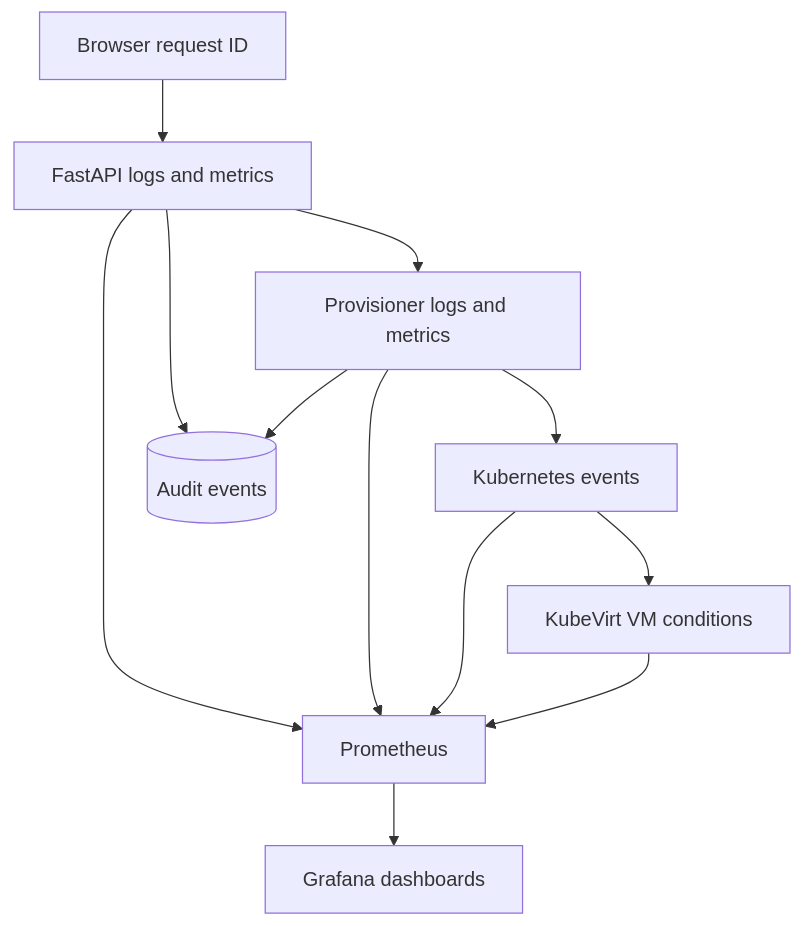
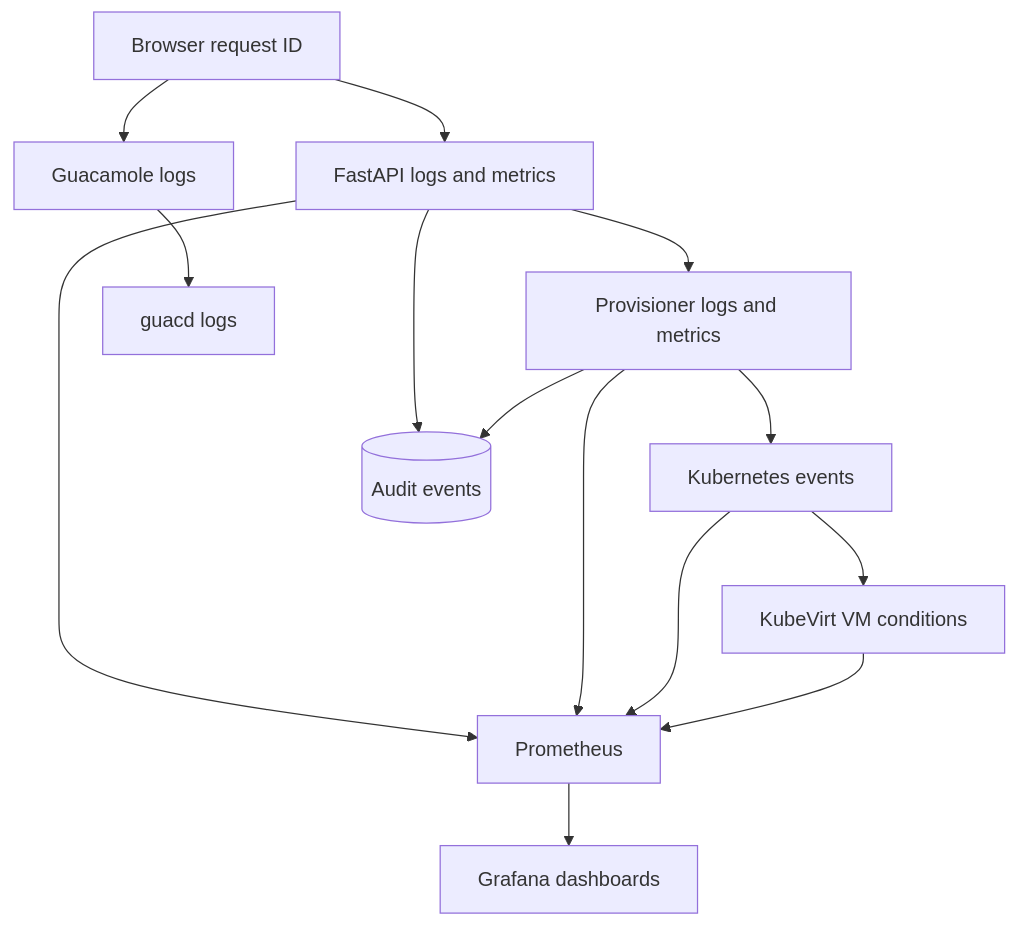
One commit to happelj/VDIForge changed diagram 13 of 13 in docs/ARCHITECTURE.md. Above: the diagram before and after it, drawn with Mermaid. The commit also changed other lines of this file and 62 other files, not shown here.

````diff
--- a/docs/ARCHITECTURE.md
+++ b/docs/ARCHITECTURE.md
@@ -384,23 +388,27 @@
 ```mermaid
 flowchart TB
   Browser[Browser request ID]
   API[FastAPI logs and metrics]
   Provisioner[Provisioner logs and metrics]
   Kube[Kubernetes events]
   KubeVirt[KubeVirt VM conditions]
   Audit[(Audit events)]
+  Guac[Guacamole logs]
+  Guacd[guacd logs]
   Prom[Prometheus]
   Grafana[Grafana dashboards]
 
   Browser --> API
   API --> Provisioner
   Provisioner --> Kube
   Kube --> KubeVirt
   API --> Audit
   Provisioner --> Audit
+  Browser --> Guac
+  Guac --> Guacd
   API --> Prom
   Provisioner --> Prom
   Kube --> Prom
   KubeVirt --> Prom
   Prom --> Grafana
 ```
````
